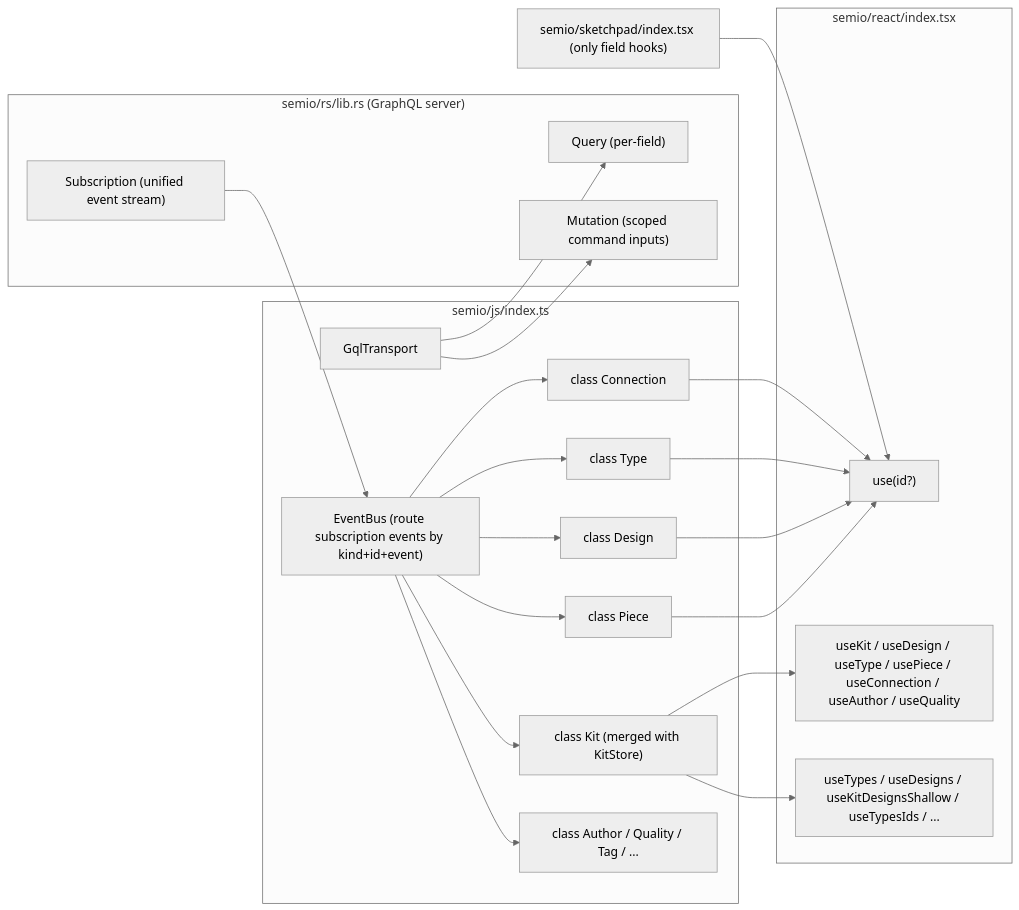
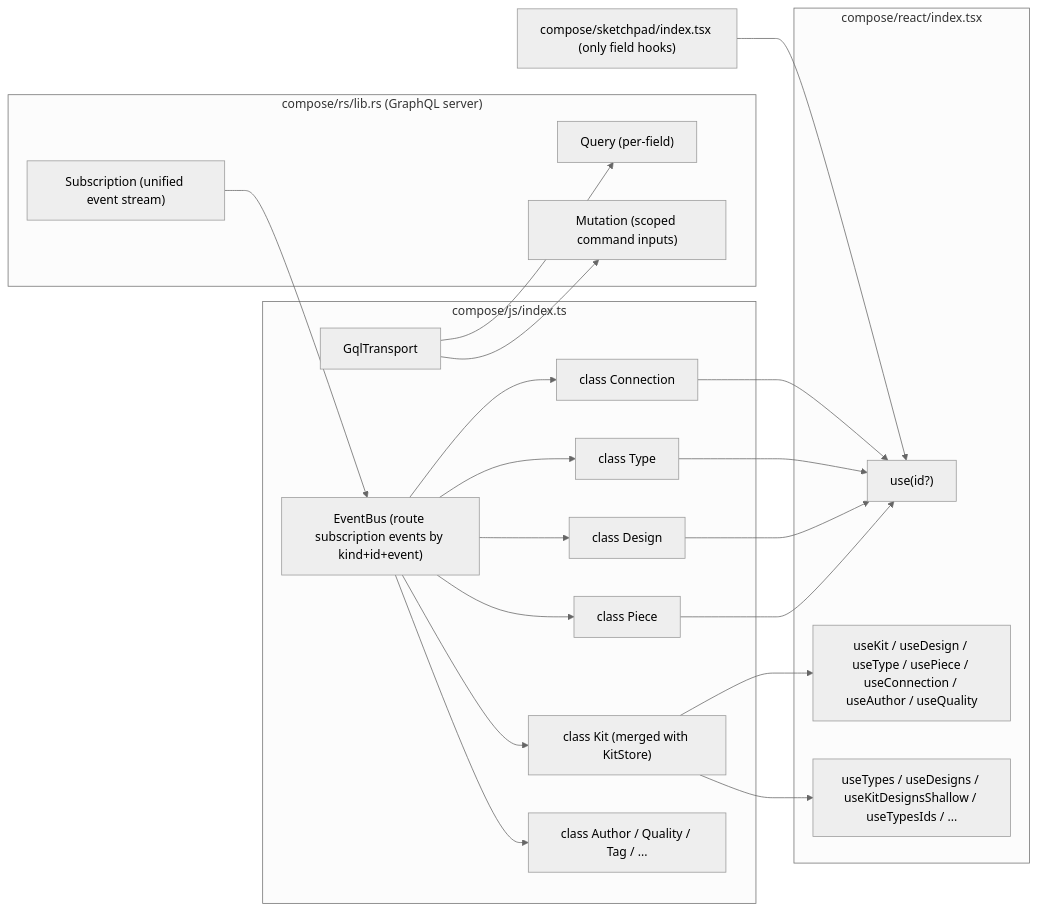
One commit to usalu/semio changed the diagram in .repo/🎫/26/05/12/SKETCHPAD-FIELD-HOOKS-MIGRATION/field-only_kit_reads_refactor_09fc9816.plan.md. Above: the diagram before and after it, drawn with Mermaid (neutral theme). The commit also changed other lines of this file and 7735 other files, not shown here.

````diff
--- a/.repo/🎫/26/05/12/SKETCHPAD-FIELD-HOOKS-MIGRATION/field-only_kit_reads_refactor_09fc9816.plan.md
+++ b/.repo/🎫/26/05/12/SKETCHPAD-FIELD-HOOKS-MIGRATION/field-only_kit_reads_refactor_09fc9816.plan.md
@@ -103,39 +103,39 @@
 ```mermaid
 flowchart LR
-  subgraph rs["semio/rs/lib.rs (GraphQL server)"]
+  subgraph rs["compose/rs/lib.rs (GraphQL server)"]
     Q["Query (per-field)"]
     M["Mutation (scoped command inputs)"]
     S["Subscription (unified event stream)"]
   end
-  subgraph js["semio/js/index.ts"]
+  subgraph js["compose/js/index.ts"]
     Transport["GqlTransport"]
     Bus["EventBus (route subscription events by kind+id+event)"]
     Kit["class Kit (merged with KitStore)"]
     Design["class Design"]
     Type["class Type"]
     Piece["class Piece"]
     Connection["class Connection"]
     Other["class Author / Quality / Tag / ..."]
     Transport --> Q
     Transport --> M
     S --> Bus
     Bus --> Kit
     Bus --> Design
     Bus --> Type
     Bus --> Piece
     Bus --> Connection
     Bus --> Other
   end
-  subgraph react["semio/react/index.tsx"]
+  subgraph react["compose/react/index.tsx"]
     FieldHooks["use<Entity><FieldPath>(id?)"]
     IdentityHooks["useKit / useDesign / useType / usePiece / useConnection / useAuthor / useQuality"]
     BulkHooks["useTypes / useDesigns / useKitDesignsShallow / useTypesIds / ..."]
   end
   Kit --> IdentityHooks
   Kit --> BulkHooks
   Piece --> FieldHooks
   Design --> FieldHooks
   Type --> FieldHooks
   Connection --> FieldHooks
-  Sketchpad["semio/sketchpad/index.tsx (only field hooks)"] --> FieldHooks
+  Sketchpad["compose/sketchpad/index.tsx (only field hooks)"] --> FieldHooks
 ```
````
